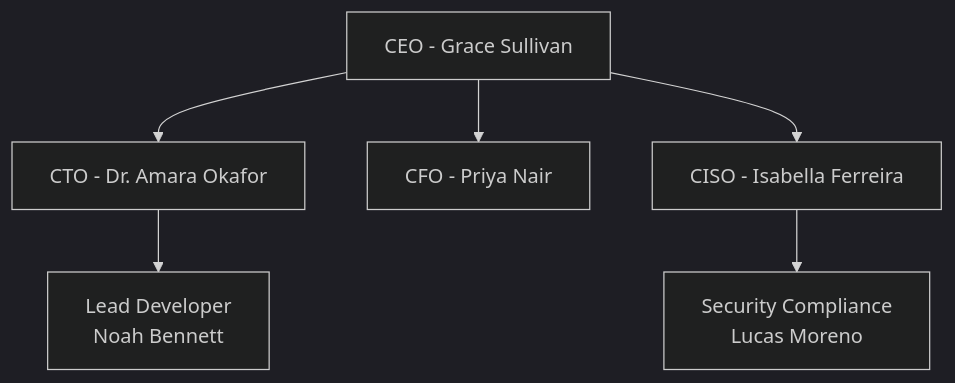
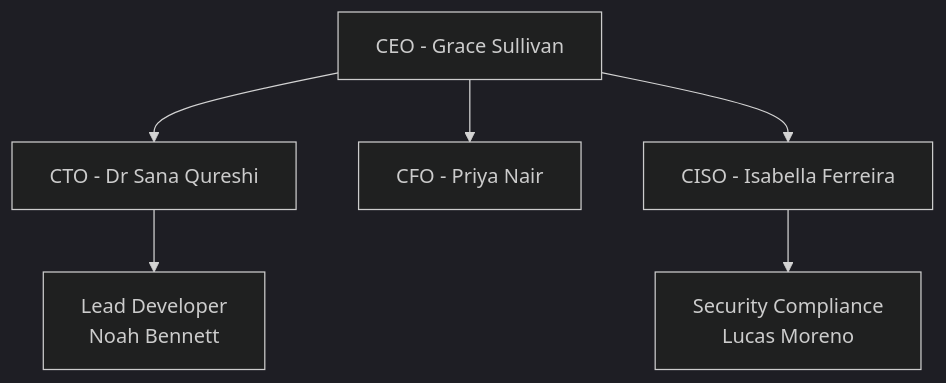
One commit to michael-borck/tessera changed the diagram in docs/access-demo.qmd. Above: the diagram before and after it, drawn with Mermaid (dark theme). The commit also changed other lines of this file and 156 other files, not shown here.

````diff
--- a/docs/access-demo.qmd
+++ b/docs/access-demo.qmd
@@ -59,10 +59,10 @@
 ```mermaid
 graph TD
     CEO[CEO - Grace Sullivan]
-    CEO --> CTO[CTO - Dr. Amara Okafor]
+    CEO --> CTO[CTO - Dr Sana Qureshi]
     CEO --> CFO[CFO - Priya Nair]
     CEO --> CISO[CISO - Isabella Ferreira]
     
     CTO --> DEV[Lead Developer<br/>Noah Bennett]
     CISO --> SEC[Security Compliance<br/>Lucas Moreno]
 ```
````
